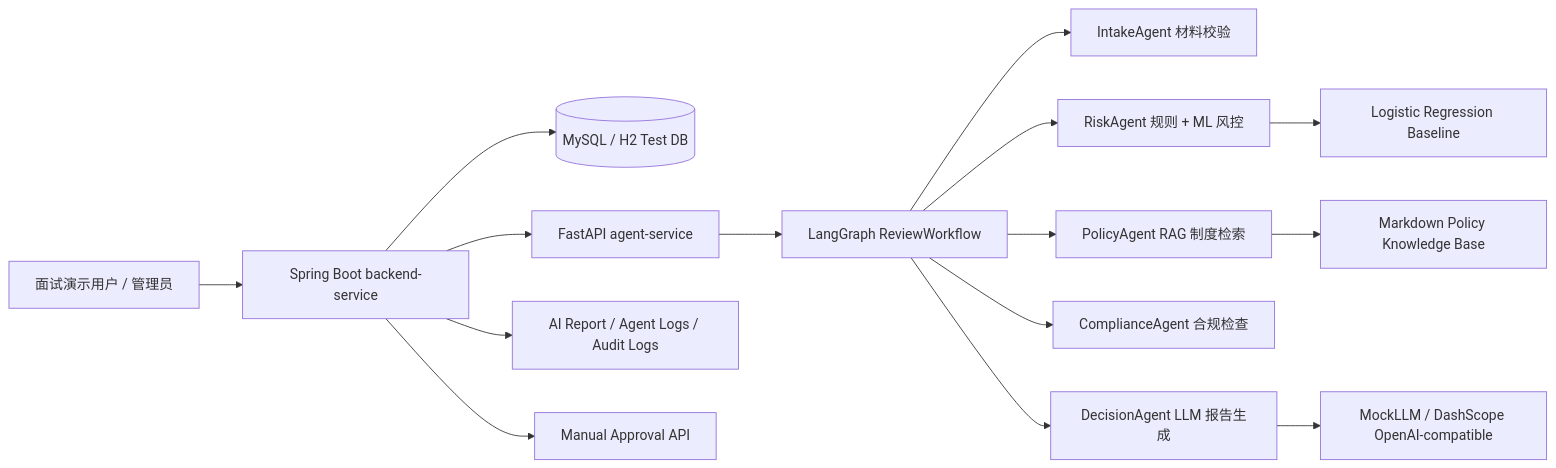
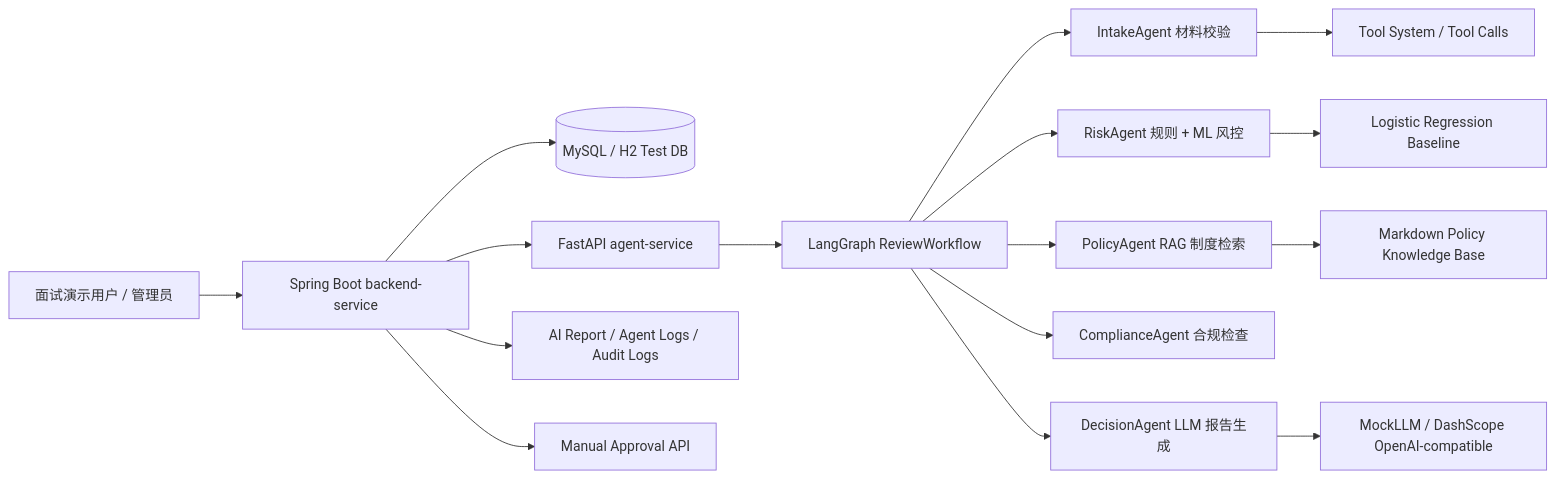
Before and after one commit to LMlater/ai-agent-recruitment-assistant: the diagram in docs/ARCHITECTURE.md, drawn with Mermaid. The commit also changed other lines of this file and 25 other files, not shown here.

````diff
--- a/docs/ARCHITECTURE.md
+++ b/docs/ARCHITECTURE.md
@@ -5,17 +32,18 @@
 ```mermaid
 flowchart LR
     User["面试演示用户 / 管理员"] --> Backend["Spring Boot backend-service"]
     Backend --> DB[("MySQL / H2 Test DB")]
     Backend --> AgentAPI["FastAPI agent-service"]
     AgentAPI --> Graph["LangGraph ReviewWorkflow"]
     Graph --> Intake["IntakeAgent 材料校验"]
+    Intake --> Tools["Tool System / Tool Calls"]
     Graph --> Risk["RiskAgent 规则 + ML 风控"]
     Graph --> Policy["PolicyAgent RAG 制度检索"]
     Graph --> Compliance["ComplianceAgent 合规检查"]
     Graph --> Decision["DecisionAgent LLM 报告生成"]
     Policy --> KB["Markdown Policy Knowledge Base"]
     Risk --> Model["Logistic Regression Baseline"]
     Decision --> LLM["MockLLM / DashScope OpenAI-compatible"]
     Backend --> Audit["AI Report / Agent Logs / Audit Logs"]
     Backend --> Manual["Manual Approval API"]
 ```
````
